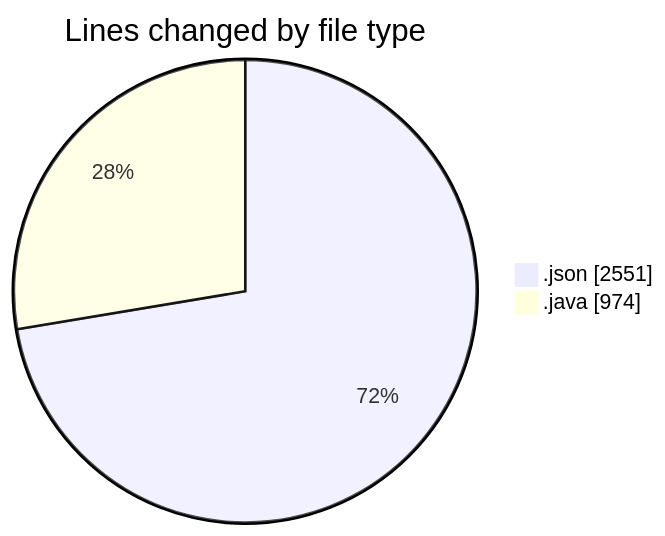
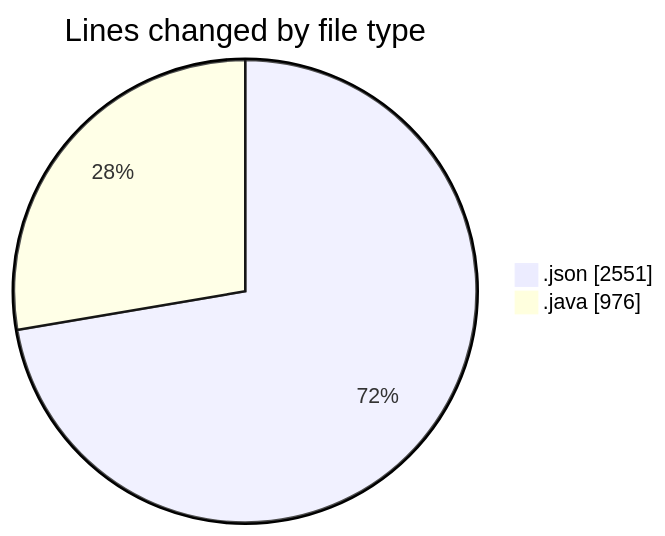
Before and after one commit to ricardozamudiocil/code-tracking: the first of 2 diagrams in 2026-10-20/cilapp/README.md, drawn with Mermaid. The commit also changed other lines of this file and 1 other file, not shown here.

````diff
--- a/2026-10-20/cilapp/README.md
+++ b/2026-10-20/cilapp/README.md
@@ -23,6 +23,6 @@
 ```mermaid
 pie showData
 title Lines changed by file type
 ".json" : 2551
-".java" : 974
+".java" : 976
 ```
````
